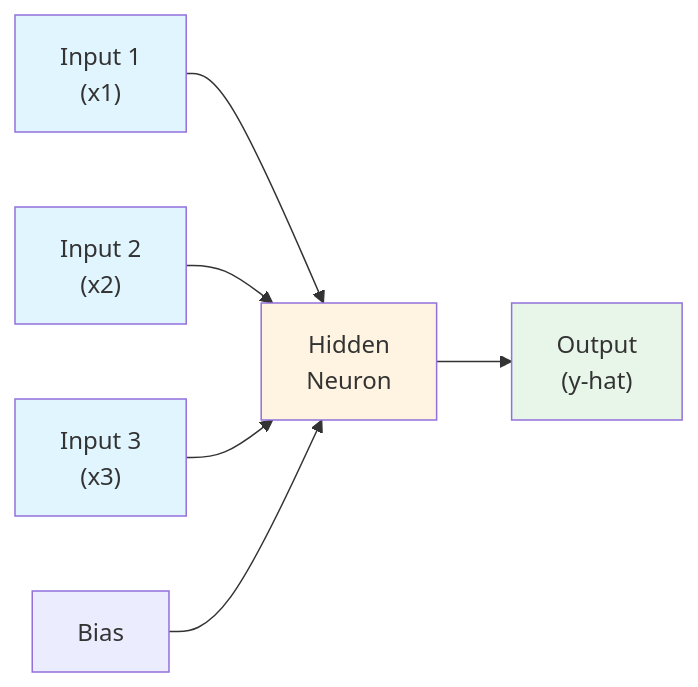
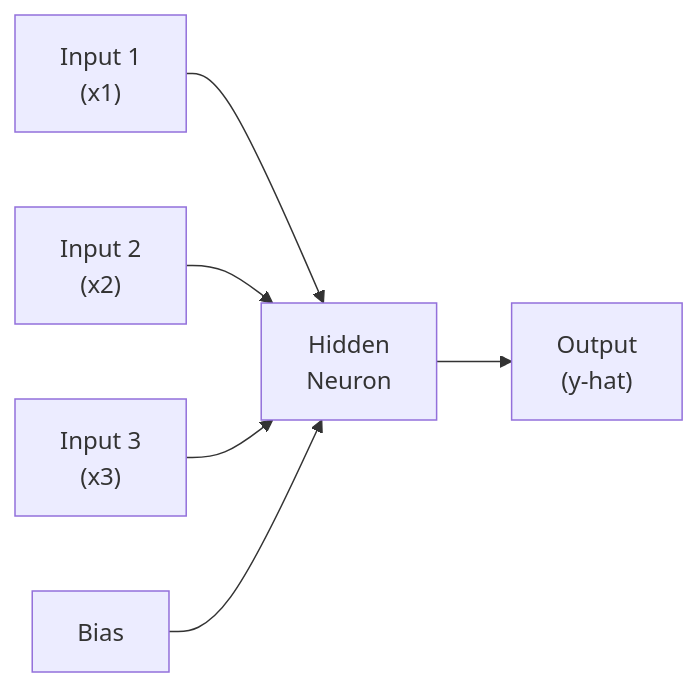
One commit to nishant-iith/Learning-AI-ML changed the first of 5 diagrams in DL Revision/02-Perceptron-and-Neural-Networks.md. Above: the diagram before and after it, drawn with Mermaid. The commit also changed other lines of this file, not shown here.

First line of the commit message:
Remove color styling from mermaid diagrams in Chapter 2

````diff
--- a/DL Revision/02-Perceptron-and-Neural-Networks.md
+++ b/DL Revision/02-Perceptron-and-Neural-Networks.md
@@ -16,14 +16,8 @@
 ```mermaid
 graph LR
     I1["Input 1<br/>(x1)"] --> H1["Hidden<br/>Neuron"]
     I2["Input 2<br/>(x2)"] --> H1
     I3["Input 3<br/>(x3)"] --> H1
     B1["Bias"] --> H1
     H1 --> O["Output<br/>(y-hat)"]
-
-    style I1 fill:#e1f5ff
-    style I2 fill:#e1f5ff
-    style I3 fill:#e1f5ff
-    style H1 fill:#fff4e1
-    style O fill:#e8f5e9
 ```
````
